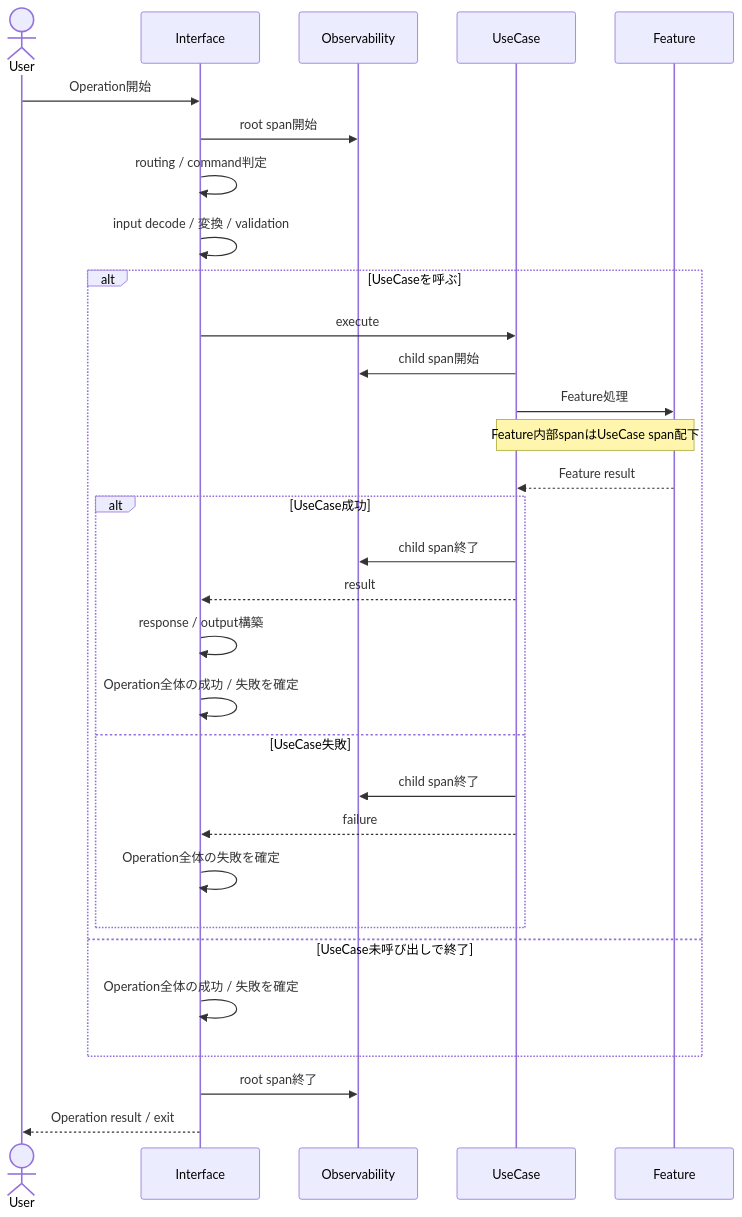
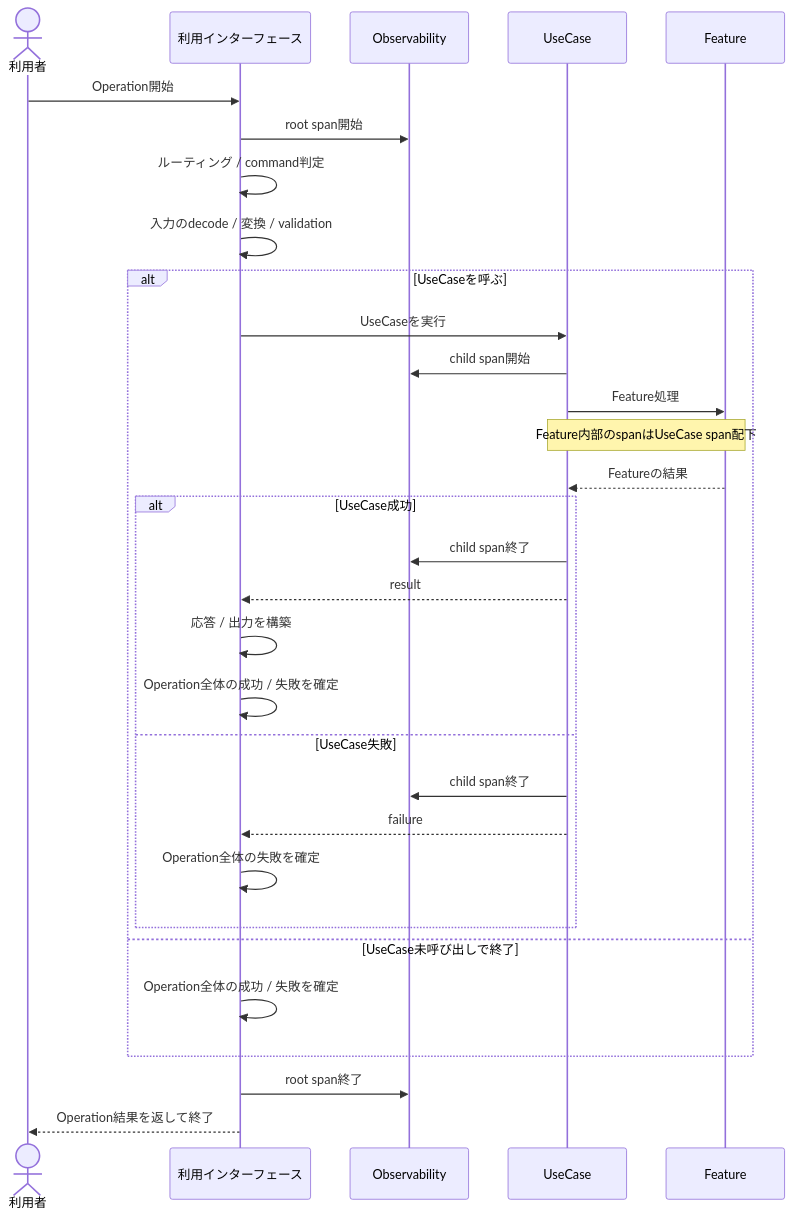
The first of 2 diagrams in Notes/RAGScope/RAGScopeアプリケーション/実行追跡・構造化ログ概要図.md (takashit16833/Workbench), drawn with Mermaid before and after one commit. The commit also changed other lines of this file and 6 other files, not shown here.

````diff
--- a/Notes/RAGScope/RAGScopeアプリケーション/実行追跡・構造化ログ概要図.md
+++ b/Notes/RAGScope/RAGScopeアプリケーション/実行追跡・構造化ログ概要図.md
@@ -17,37 +23,37 @@
 ```mermaid
 sequenceDiagram
-    actor User
-    participant Interface
+    actor User as 利用者
+    participant Interface as 利用インターフェース
     participant Observability
     participant UseCase
     participant Feature
 
     User->>Interface: Operation開始
     Interface->>Observability: root span開始
-    Interface->>Interface: routing / command判定
-    Interface->>Interface: input decode / 変換 / validation
+    Interface->>Interface: ルーティング / command判定
+    Interface->>Interface: 入力のdecode / 変換 / validation
 
     alt UseCaseを呼ぶ
-        Interface->>UseCase: execute
+        Interface->>UseCase: UseCaseを実行
         UseCase->>Observability: child span開始
         UseCase->>Feature: Feature処理
-        Note over UseCase,Feature: Feature内部spanはUseCase span配下
-        Feature-->>UseCase: Feature result
+        Note over UseCase,Feature: Feature内部のspanはUseCase span配下
+        Feature-->>UseCase: Featureの結果
 
         alt UseCase成功
             UseCase->>Observability: child span終了
             UseCase-->>Interface: result
-            Interface->>Interface: response / output構築
+            Interface->>Interface: 応答 / 出力を構築
             Interface->>Interface: Operation全体の成功 / 失敗を確定
         else UseCase失敗
             UseCase->>Observability: child span終了
             UseCase-->>Interface: failure
             Interface->>Interface: Operation全体の失敗を確定
         end
     else UseCase未呼び出しで終了
         Interface->>Interface: Operation全体の成功 / 失敗を確定
     end
 
     Interface->>Observability: root span終了
-    Interface-->>User: Operation result / exit
+    Interface-->>User: Operation結果を返して終了
 ```
````
